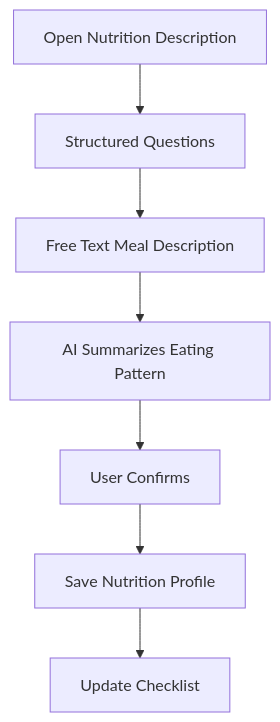
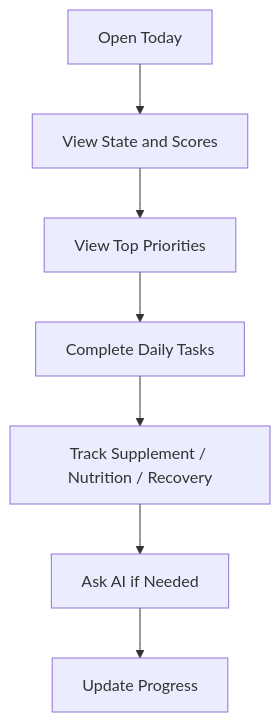
Diagram 11 of 20 in docs/USER_FLOW.md (Yaroslavkukin/HealthCoach), drawn with Mermaid before and after one commit. The commit also changed other lines of this file and 20 other files, not shown here.

````diff
--- a/docs/USER_FLOW.md
+++ b/docs/USER_FLOW.md
@@ -668,9 +382,9 @@
 ```mermaid
 flowchart TD
-    A[Open Nutrition Description] --> B[Structured Questions]
-    B --> C[Free Text Meal Description]
-    C --> D[AI Summarizes Eating Pattern]
-    D --> E[User Confirms]
-    E --> F[Save Nutrition Profile]
-    F --> G[Update Checklist]
+    A[Open Today] --> B[View State and Scores]
+    B --> C[View Top Priorities]
+    C --> D[Complete Daily Tasks]
+    D --> E[Track Supplement / Nutrition / Recovery]
+    E --> F[Ask AI if Needed]
+    F --> G[Update Progress]
 ```
````
